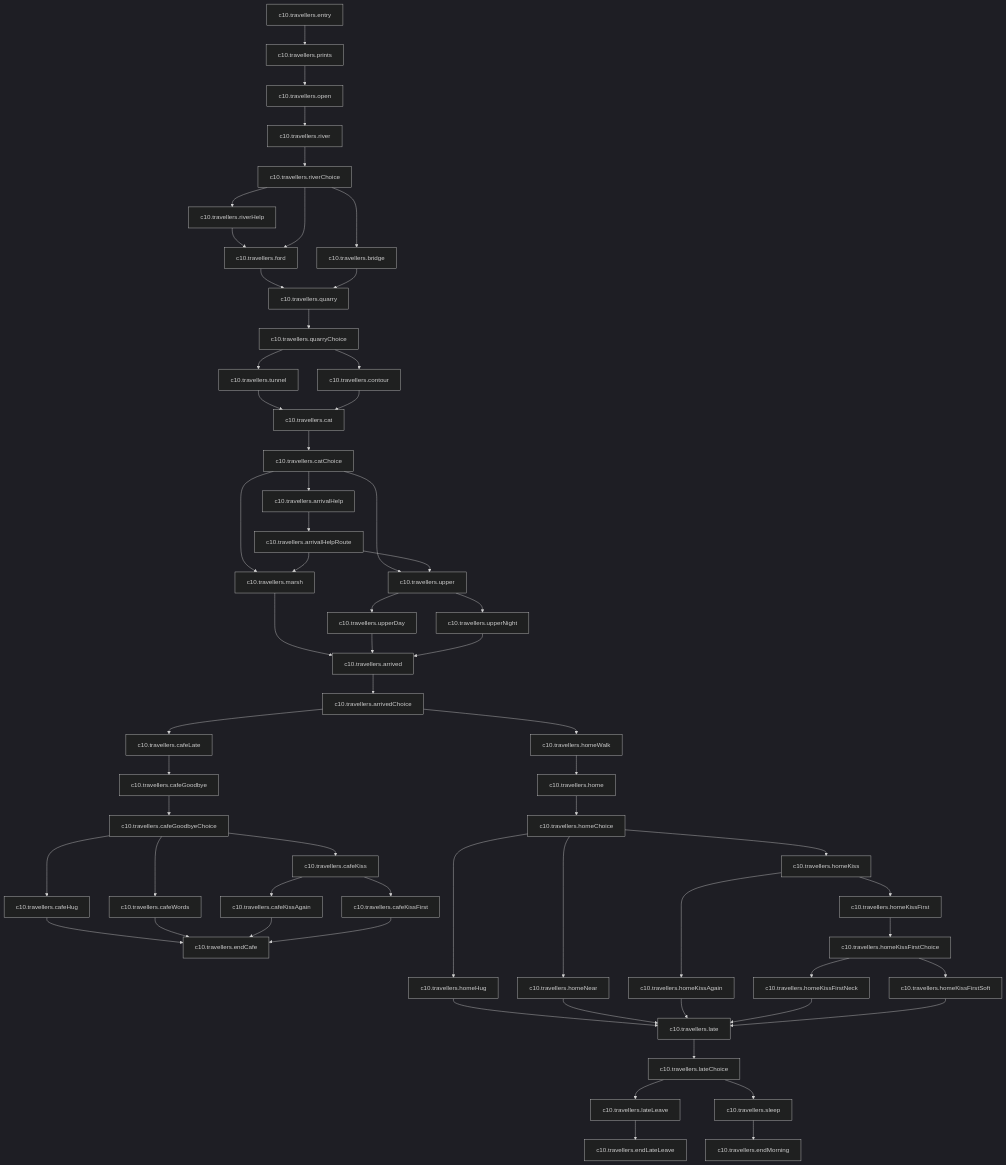
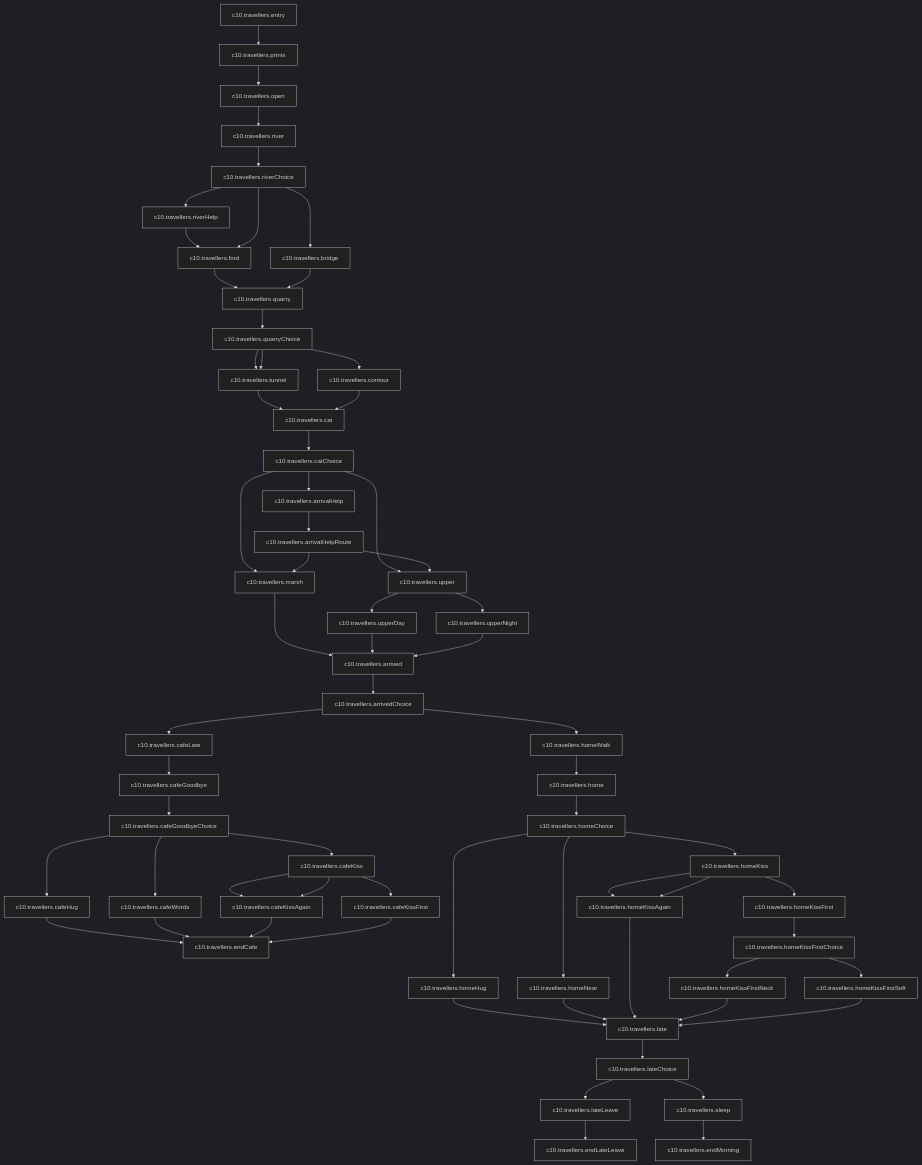
Before and after one commit to vlad28x/our-little-story: the diagram in outputs/CHAPTER_10_SCRIPT.md, drawn with Mermaid (dark theme). The commit also changed other lines of this file and 198 other files, not shown here.

Commit message:
Release content27 art polish, travellers10 assets, and cafe icon fix

```diff
--- a/outputs/CHAPTER_10_SCRIPT.md
+++ b/outputs/CHAPTER_10_SCRIPT.md
@@ -60,6 +60,7 @@
   c10.travellers.cafeKissFirst --> c10.travellers.endCafe
   c10.travellers.cafeKiss
   c10.travellers.cafeKiss --> c10.travellers.cafeKissAgain
+  c10.travellers.cafeKiss --> c10.travellers.cafeKissAgain
   c10.travellers.cafeKiss --> c10.travellers.cafeKissFirst
   c10.travellers.homeKissAgain
   c10.travellers.homeKissAgain --> c10.travellers.late
@@ -73,6 +74,7 @@
   c10.travellers.homeKissFirstSoft
   c10.travellers.homeKissFirstSoft --> c10.travellers.late
   c10.travellers.homeKiss
+  c10.travellers.homeKiss --> c10.travellers.homeKissAgain
   c10.travellers.homeKiss --> c10.travellers.homeKissAgain
   c10.travellers.homeKiss --> c10.travellers.homeKissFirst
   c10.travellers.upperDay
@@ -89,6 +91,7 @@
   c10.travellers.quarryChoice
   c10.travellers.quarryChoice --> c10.travellers.tunnel
   c10.travellers.quarryChoice --> c10.travellers.contour
+  c10.travellers.quarryChoice --> c10.travellers.tunnel
   c10.travellers.catChoice
   c10.travellers.catChoice --> c10.travellers.marsh
   c10.travellers.catChoice --> c10.travellers.upper
```
